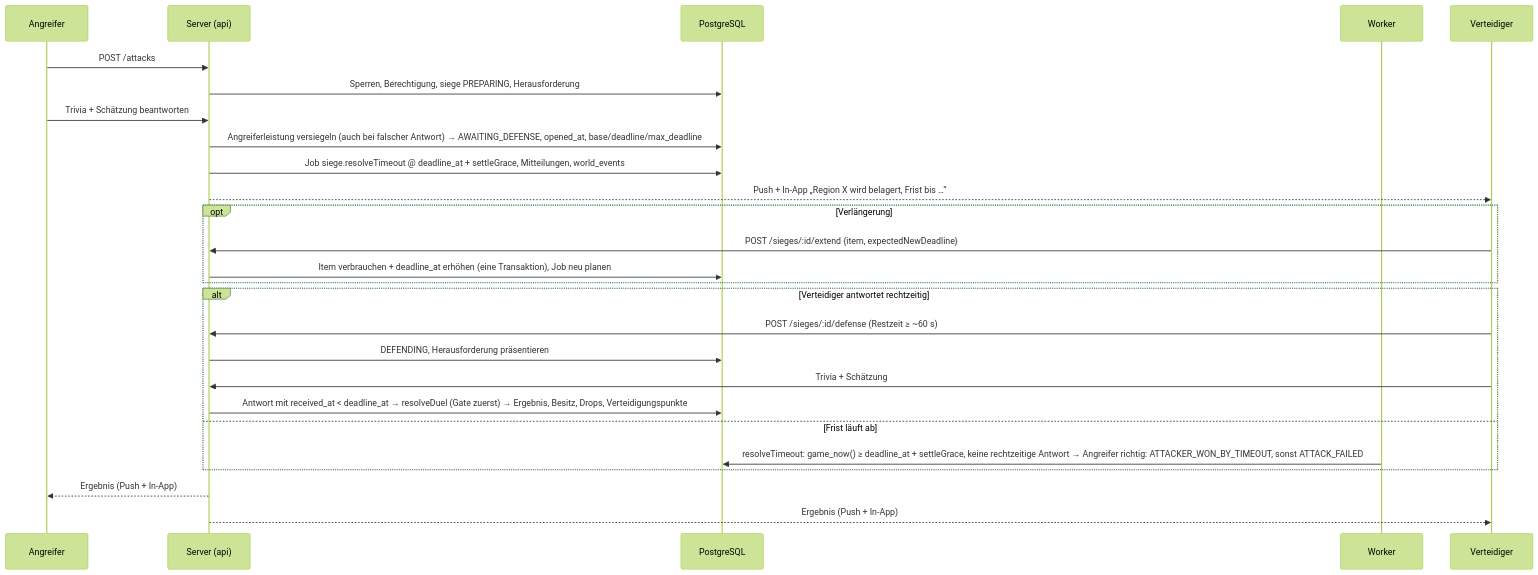
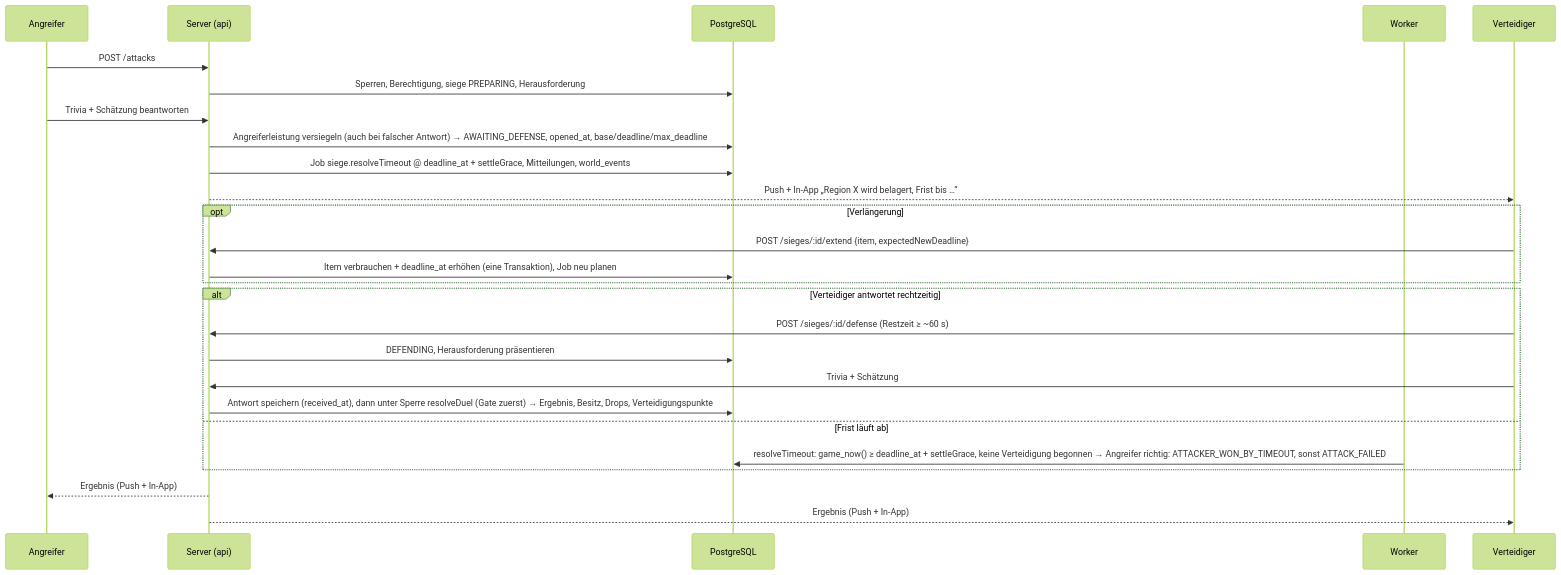
The second of 2 diagrams in docs/SIEGE_SYSTEM.md (cibakhun/trivia-game), drawn with Mermaid (forest theme) before and after one commit. The commit also changed other lines of this file and 9 other files, not shown here.

````diff
--- a/docs/SIEGE_SYSTEM.md
+++ b/docs/SIEGE_SYSTEM.md
@@ -70,28 +68,28 @@
 ```mermaid
 sequenceDiagram
   participant A as Angreifer
   participant S as Server (api)
   participant DB as PostgreSQL
   participant W as Worker
   participant B as Verteidiger
   A->>S: POST /attacks
   S->>DB: Sperren, Berechtigung, siege PREPARING, Herausforderung
   A->>S: Trivia + Schätzung beantworten
   S->>DB: Angreiferleistung versiegeln (auch bei falscher Antwort) → AWAITING_DEFENSE, opened_at, base/deadline/max_deadline
   S->>DB: Job siege.resolveTimeout @ deadline_at + settleGrace, Mitteilungen, world_events
   S-->>B: Push + In-App „Region X wird belagert, Frist bis …“
   opt Verlängerung
     B->>S: POST /sieges/:id/extend {item, expectedNewDeadline}
     S->>DB: Item verbrauchen + deadline_at erhöhen (eine Transaktion), Job neu planen
   end
   alt Verteidiger antwortet rechtzeitig
     B->>S: POST /sieges/:id/defense (Restzeit ≥ ~60 s)
     S->>DB: DEFENDING, Herausforderung präsentieren
     B->>S: Trivia + Schätzung
-    S->>DB: Antwort mit received_at < deadline_at → resolveDuel (Gate zuerst) → Ergebnis, Besitz, Drops, Verteidigungspunkte
+    S->>DB: Antwort speichern (received_at), dann unter Sperre resolveDuel (Gate zuerst) → Ergebnis, Besitz, Drops, Verteidigungspunkte
   else Frist läuft ab
-    W->>DB: resolveTimeout: game_now() ≥ deadline_at + settleGrace, keine rechtzeitige Antwort → Angreifer richtig: ATTACKER_WON_BY_TIMEOUT, sonst ATTACK_FAILED
+    W->>DB: resolveTimeout: game_now() ≥ deadline_at + settleGrace, keine Verteidigung begonnen → Angreifer richtig: ATTACKER_WON_BY_TIMEOUT, sonst ATTACK_FAILED
   end
   S-->>A: Ergebnis (Push + In-App)
   S-->>B: Ergebnis (Push + In-App)
 ```
````
